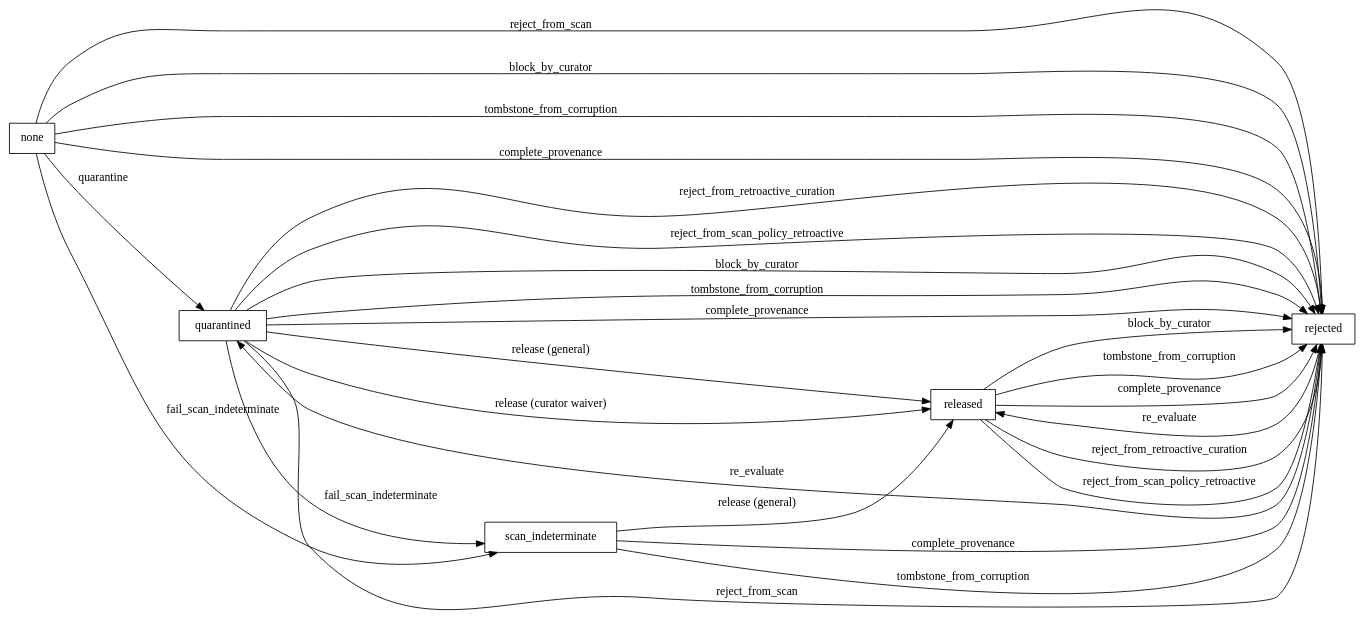
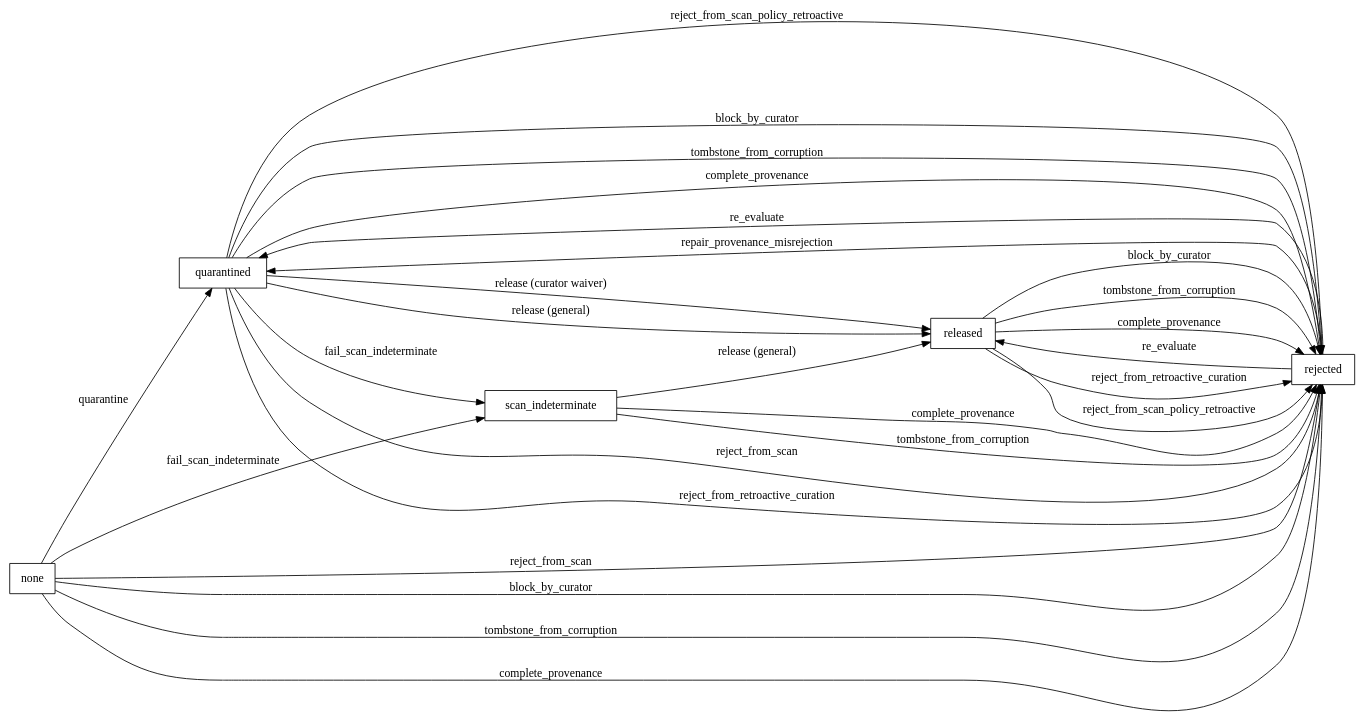
The diagram in docs/architecture/artifact-lifecycle.dot (project-hort/hort), drawn with Graphviz before and after one commit. The commit also changed 61 other files, not shown here.

Commit message:
fix(provenance): an unsigned artifact holds instead of being rejected forever

```diff
--- a/docs/architecture/artifact-lifecycle.dot
+++ b/docs/architecture/artifact-lifecycle.dot
@@ -1,43 +1,44 @@
 // AUTO-GENERATED — do not hand-edit.
 //
 // Rendered by `hort_domain::entities::quarantine_transitions::render_lifecycle_dot`
 // from the declared `QUARANTINE_TRANSITIONS` table (backlog 090, #135 item 2).
 // Regenerate after any table change; the drift guard
 // `crates/hort-domain/tests/lifecycle_dot_artifact.rs` fails CI if this file
 // and the table disagree. Self-loop-only transitions (a guard method that
 // accepts a state but leaves it unchanged) are omitted — see the render
 // function's doc comment.
 digraph ArtifactQuarantineLifecycle {
     rankdir=LR;
     node [shape=box];
     "none";
     "quarantined";
     "released";
     "rejected";
     "scan_indeterminate";
     "none" -> "quarantined" [label="quarantine"];
     "none" -> "rejected" [label="reject_from_scan"];
     "quarantined" -> "rejected" [label="reject_from_scan"];
     "quarantined" -> "rejected" [label="reject_from_retroactive_curation"];
     "released" -> "rejected" [label="reject_from_retroactive_curation"];
     "quarantined" -> "rejected" [label="reject_from_scan_policy_retroactive"];
     "released" -> "rejected" [label="reject_from_scan_policy_retroactive"];
     "none" -> "rejected" [label="block_by_curator"];
     "quarantined" -> "rejected" [label="block_by_curator"];
     "released" -> "rejected" [label="block_by_curator"];
     "none" -> "rejected" [label="tombstone_from_corruption"];
     "quarantined" -> "rejected" [label="tombstone_from_corruption"];
     "released" -> "rejected" [label="tombstone_from_corruption"];
     "scan_indeterminate" -> "rejected" [label="tombstone_from_corruption"];
     "quarantined" -> "released" [label="release (curator waiver)"];
     "quarantined" -> "released" [label="release (general)"];
     "scan_indeterminate" -> "released" [label="release (general)"];
     "none" -> "scan_indeterminate" [label="fail_scan_indeterminate"];
     "quarantined" -> "scan_indeterminate" [label="fail_scan_indeterminate"];
     "rejected" -> "quarantined" [label="re_evaluate"];
     "rejected" -> "released" [label="re_evaluate"];
     "none" -> "rejected" [label="complete_provenance"];
     "quarantined" -> "rejected" [label="complete_provenance"];
     "released" -> "rejected" [label="complete_provenance"];
     "scan_indeterminate" -> "rejected" [label="complete_provenance"];
+    "rejected" -> "quarantined" [label="repair_provenance_misrejection"];
 }
```
